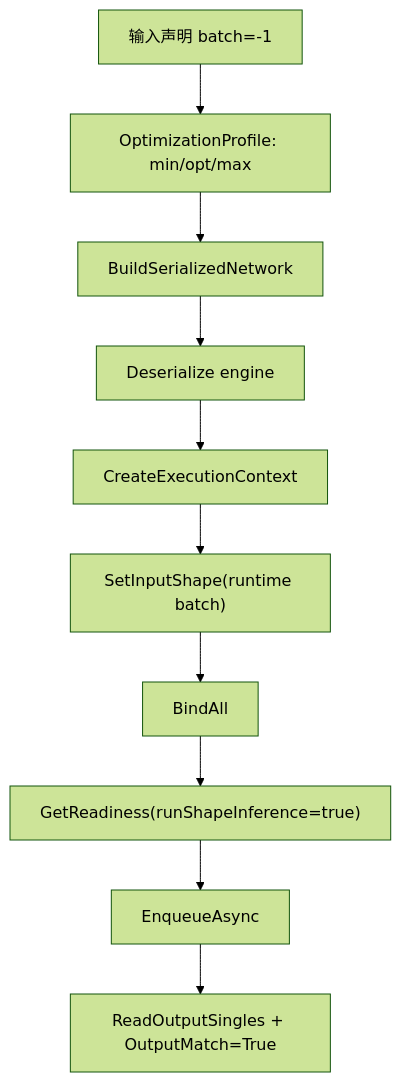
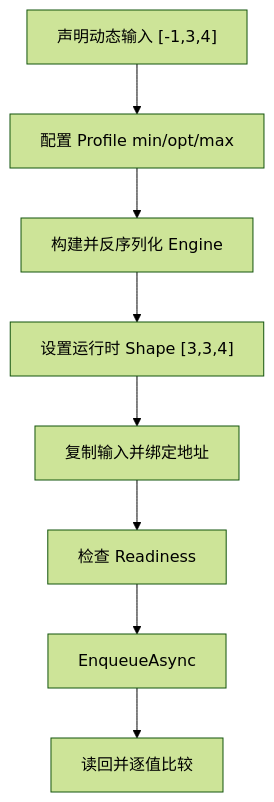
The diagram in docs/articles/zh-cn/dynamic-shape-optimization-profile-tutorial.md (guojin-yan/TensorRT-CSharp-API), drawn with Mermaid (forest theme) before and after one commit. The commit also changed other lines of this file and 5 other files, not shown here.

Commit message:
docs: add DynamicShape runtime walkthrough

````diff
--- a/docs/articles/zh-cn/dynamic-shape-optimization-profile-tutorial.md
+++ b/docs/articles/zh-cn/dynamic-shape-optimization-profile-tutorial.md
@@ -36,12 +70,10 @@
 ```mermaid
 flowchart TD
-  A["输入声明 batch=-1"] --> B["OptimizationProfile: min/opt/max"]
-  B --> C["BuildSerializedNetwork"]
-  C --> D["Deserialize engine"]
-  D --> E["CreateExecutionContext"]
-  E --> F["SetInputShape(runtime batch)"]
-  F --> G["BindAll"]
-  G --> H["GetReadiness(runShapeInference=true)"]
-  H --> I["EnqueueAsync"]
-  I --> J["ReadOutputSingles + OutputMatch=True"]
+  A["声明动态输入 [-1,3,4]"] --> B["配置 Profile min/opt/max"]
+  B --> C["构建并反序列化 Engine"]
+  C --> D["设置运行时 Shape [3,3,4]"]
+  D --> E["复制输入并绑定地址"]
+  E --> F["检查 Readiness"]
+  F --> G["EnqueueAsync"]
+  G --> H["读回并逐值比较"]
 ```
````
